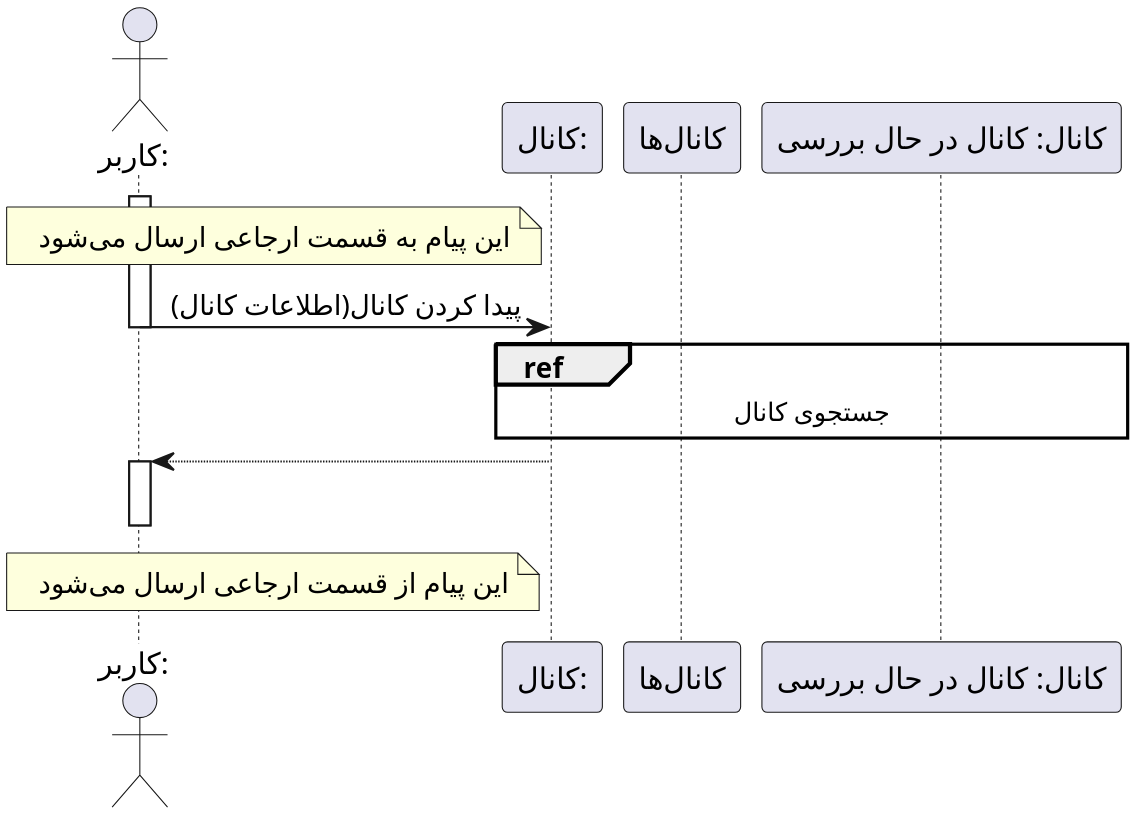
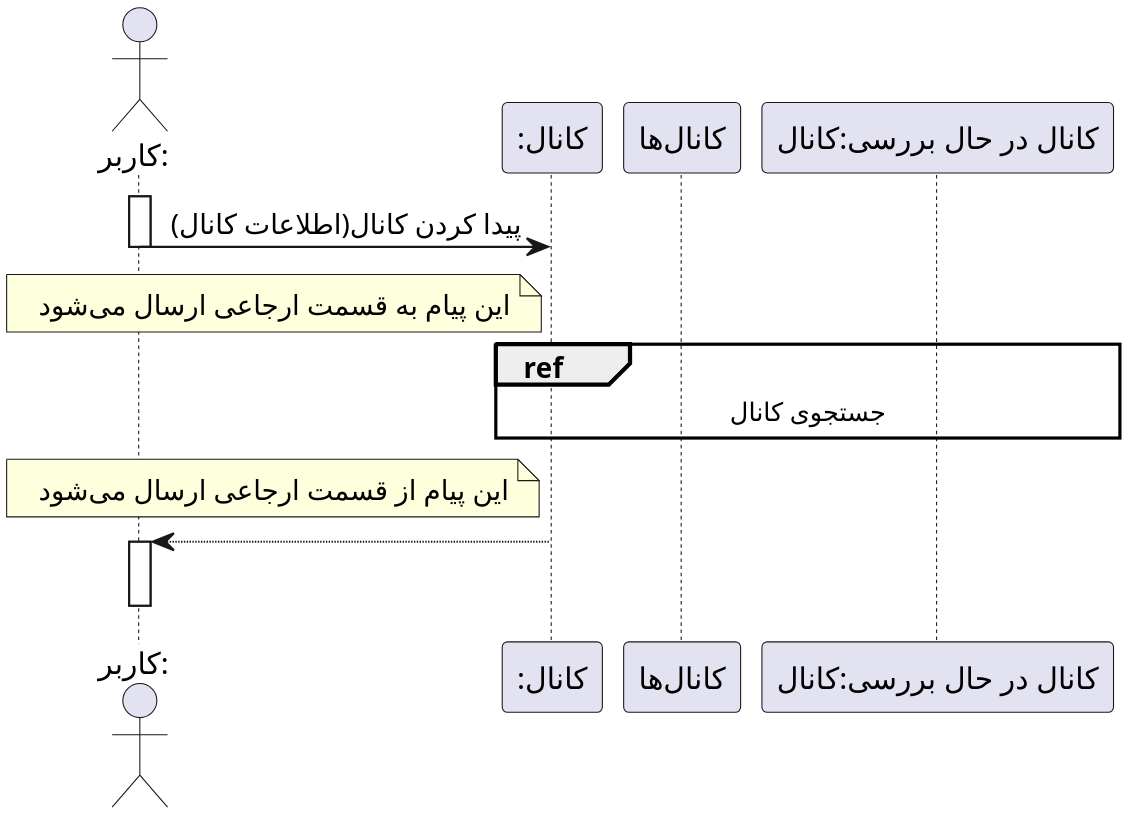
The diagram in Diagrams/Sequence/SearchChanel_U.puml (soleyman79/Qasedak), drawn with PlantUML before and after one commit. The commit also changed 6 other files, not shown here.

```diff
--- a/Diagrams/Sequence/SearchChanel_U.puml
+++ b/Diagrams/Sequence/SearchChanel_U.puml
@@ -1,33 +1,35 @@
 @startuml search_chanel_usecase
 
 
 scale 3
 skinparam DefaultFontName Vazir
 skinparam DefaultTextAlignment center
 
 
-actor "کاربر:" as user 
-participant "کانال:" as chanel
+actor "کاربر:" as user
+participant ":کانال" as chanel
 participant "کانال‌ها" as chanels
-participant "کانال: کانال در حال بررسی" as current_chanel
+participant "کانال در حال بررسی:کانال" as current_chanel
+
+
+activate user
+user -> chanel : پیدا کردن کانال(اطلاعات کانال)
+deactivate user
 
 note left chanel
 این پیام به قسمت ارجاعی ارسال می‌شود
 end note
 
-activate user
-user -> chanel : پیدا کردن کانال(اطلاعات کانال)
-deactivate user
+ref over chanel, chanels, current_chanel : جستجوی کانال
 
-ref over chanel, chanels, current_chanel : جستجوی کانال
+note left chanel
+این پیام از قسمت ارجاعی ارسال می‌شود
+end note
+
 chanel --> user
 
 activate user
 deactivate user
 
-note left chanel
-این پیام از قسمت ارجاعی ارسال می‌شود
-end note
-
 
 @enduml
```
